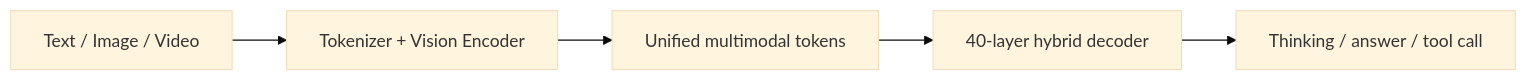
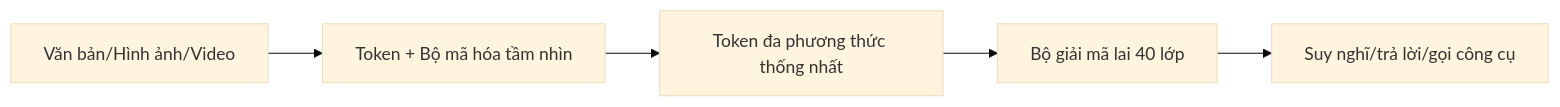
Before and after one commit to cycler04/VinRobotics-VLA: the first of 4 diagrams in docs/research_finding/01-gwen/qwen_models/Qwen3.6/architecture.md, drawn with Mermaid (base theme). The commit also changed other lines of this file and 24 other files, not shown here.

````diff
--- a/docs/research_finding/01-gwen/qwen_models/Qwen3.6/architecture.md
+++ b/docs/research_finding/01-gwen/qwen_models/Qwen3.6/architecture.md
@@ -9,7 +9,7 @@
 ```mermaid
 flowchart LR
-  I[Text / Image / Video] --> E[Tokenizer + Vision Encoder]
-  E --> F[Unified multimodal tokens]
-  F --> H[40-layer hybrid decoder]
-  H --> O[Thinking / answer / tool call]
+  I[Văn bản/Hình ảnh/Video] --> E[Token + Bộ mã hóa tầm nhìn]
+  E --> F[Token đa phương thức thống nhất]
+  F --> H[Bộ giải mã lai 40 lớp]
+  H --> O[Suy nghĩ/trả lời/gọi công cụ]
 ```
````
